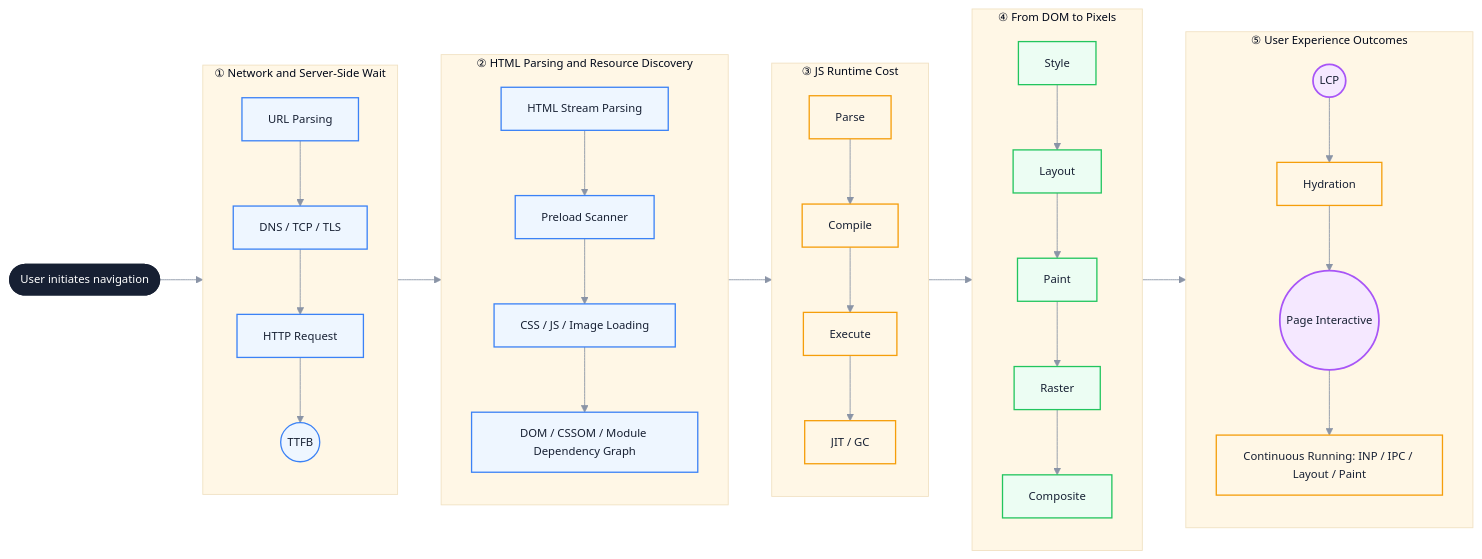
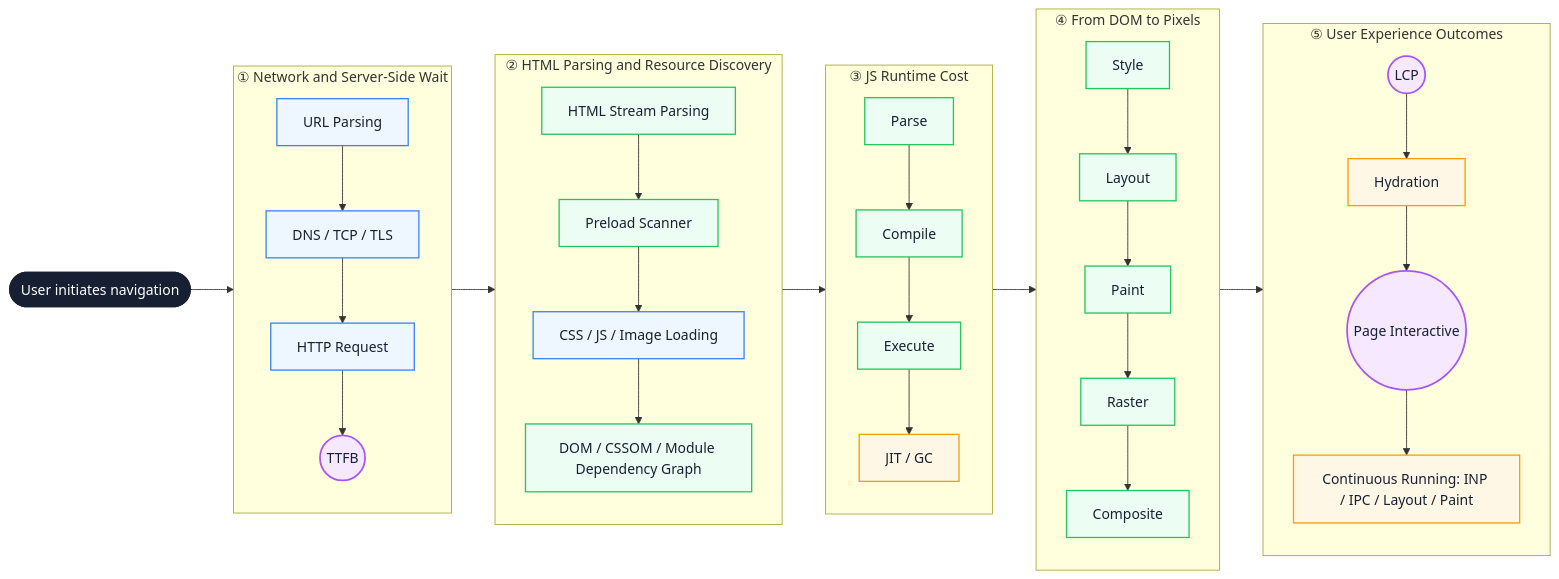
The first of 3 diagrams in docs/en/performance/critical-path.md (Fatejian/frontier-vault), drawn with Mermaid before and after one commit. The commit also changed other lines of this file and 41 other files, not shown here.

````diff
--- a/docs/en/performance/critical-path.md
+++ b/docs/en/performance/critical-path.md
@@ -70,66 +64,64 @@
 ```mermaid
-%%{init: {'theme': 'base', 'themeVariables': { 'fontFamily': 'Inter, PingFang SC, Microsoft YaHei, sans-serif', 'primaryColor': '#EEF6FF', 'fontSize': '13px', 'primaryTextColor': '#172033', 'primaryBorderColor': '#6EA8FE', 'lineColor': '#8A94A6', 'secondaryColor': '#F7F9FC', 'tertiaryColor': '#FFF7E6'}}}%%
 flowchart LR
     Start([User initiates navigation])
 
     subgraph Network["① Network and Server-Side Wait"]
         direction TB
         N1[URL Parsing]
         N2["DNS / TCP / TLS"]
         N3[HTTP Request]
         N4((TTFB))
         N1 --> N2 --> N3 --> N4
     end
 
     subgraph Discovery["② HTML Parsing and Resource Discovery"]
         direction TB
         D1[HTML Stream Parsing]
         D2[Preload Scanner]
         D3["CSS / JS / Image Loading"]
         D4["DOM / CSSOM / Module Dependency Graph"]
         D1 --> D2 --> D3 --> D4
     end
 
     subgraph Runtime["③ JS Runtime Cost"]
         direction TB
         R1[Parse]
         R2[Compile]
         R3[Execute]
         R4["JIT / GC"]
         R1 --> R2 --> R3 --> R4
     end
 
     subgraph Render["④ From DOM to Pixels"]
         direction TB
         P1[Style]
         P2[Layout]
         P3[Paint]
         P4[Raster]
         P5[Composite]
         P1 --> P2 --> P3 --> P4 --> P5
     end
 
     subgraph Experience["⑤ User Experience Outcomes"]
         direction TB
         E1((LCP))
         E2[Hydration]
         E3((Page Interactive))
         E4["Continuous Running: INP / IPC / Layout / Paint"]
         E1 --> E2 --> E3 --> E4
     end
 
     Start --> Network --> Discovery --> Runtime --> Render --> Experience
 
-    classDef start fill:#172033,color:#fff,stroke:#172033,stroke-width:2px;
+    classDef core fill:#172033,color:#fff,stroke:#172033,stroke-width:2px;
     classDef wait fill:#EEF6FF,stroke:#3B82F6,color:#172033,stroke-width:1.5px;
     classDef block fill:#FFF7E6,stroke:#F59E0B,color:#172033,stroke-width:1.5px;
     classDef work fill:#ECFDF3,stroke:#22C55E,color:#172033,stroke-width:1.5px;
     classDef metric fill:#F5E8FF,stroke:#A855F7,color:#172033,stroke-width:2px;
 
-    class Start start;
-    class N1,N2,N3,N4,D1,D2,D3,D4 wait;
-    class R1,R2,R3,R4 block;
-    class P1,P2,P3,P4,P5 work;
-    class E1,E3 metric;
-    class E2,E4 block;
+    class Start core;
+    class N1,N2,N3,D3 wait;
+    class N4,E1,E3 metric;
+    class R4,E2,E4 block;
+    class D1,D2,D4,R1,R2,R3,P1,P2,P3,P4,P5 work;
 ```
````
